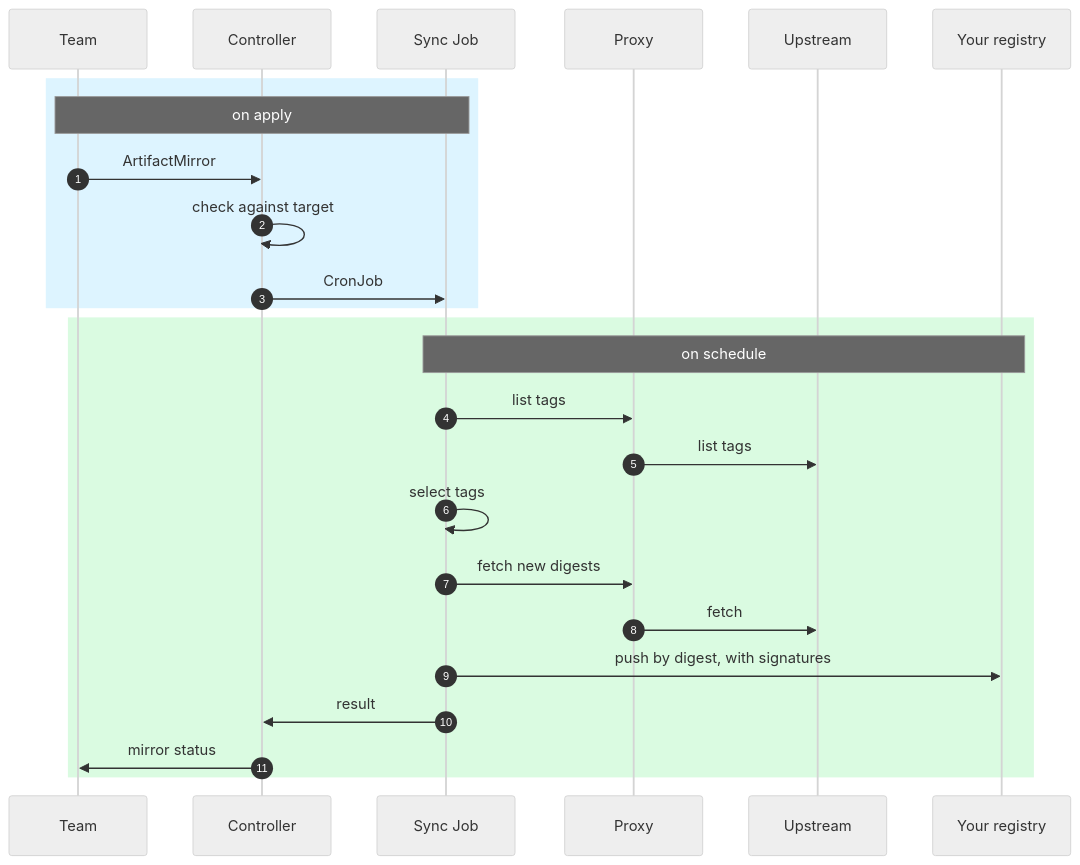
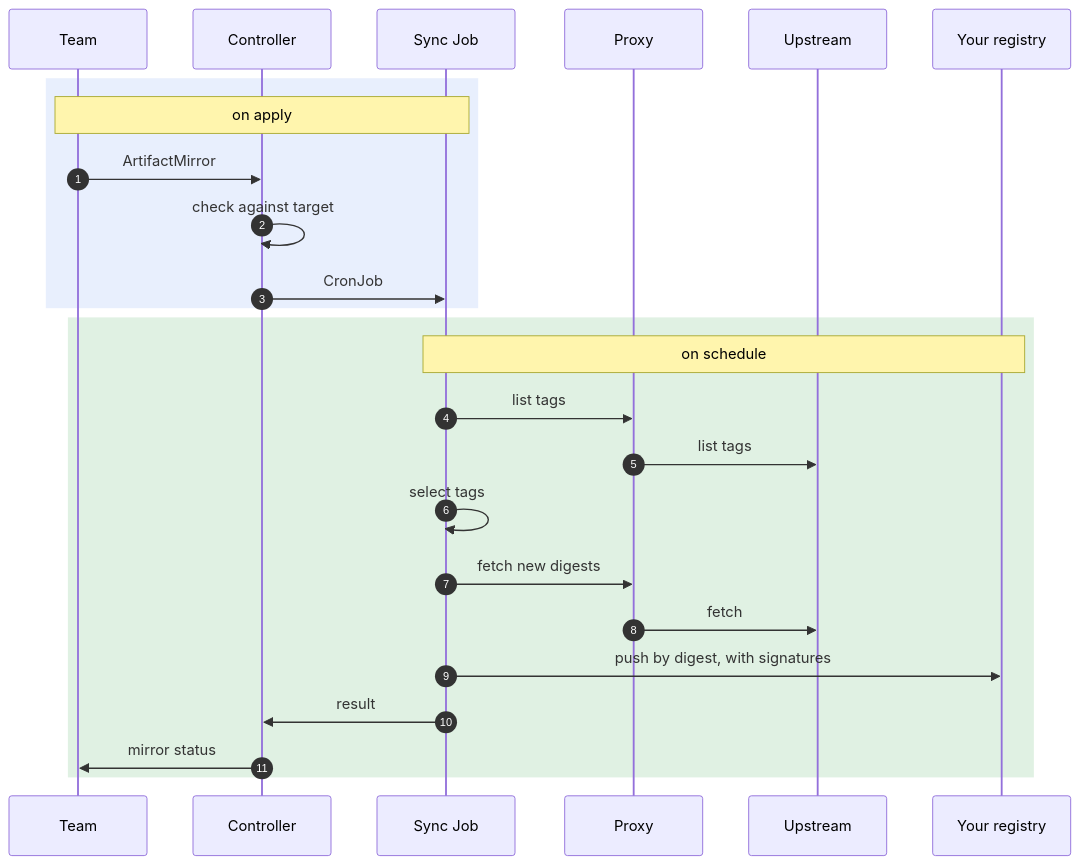
Before and after one commit to r-gawronski/tagwarden: the second of 2 diagrams in README.md, drawn with Mermaid. The commit also changed other lines of this file and 10 other files, not shown here.

Commit message:
docs: theme-aware hand-drawn diagrams, drop D2 variants

````diff
--- a/README.md
+++ b/README.md
@@ -86,33 +80,32 @@
 ```mermaid
 ---
 config:
   look: handDrawn
-  theme: neutral
 ---
 sequenceDiagram
   autonumber
   participant Team
   participant C as Controller
   participant J as Sync Job
   participant P as Proxy
   participant U as Upstream
   participant R as Your registry
 
-  rect rgb(221, 244, 255)
+  rect rgba(100, 149, 237, 0.15)
     Note over Team,J: on apply
     Team->>C: ArtifactMirror
     C->>C: check against target
     C->>J: CronJob
   end
-  rect rgb(218, 251, 225)
+  rect rgba(46, 160, 67, 0.15)
     Note over J,R: on schedule
     J->>P: list tags
     P->>U: list tags
     J->>J: select tags
     J->>P: fetch new digests
     P->>U: fetch
     J->>R: push by digest, with signatures
     J->>C: result
     C->>Team: mirror status
   end
 ```
````
